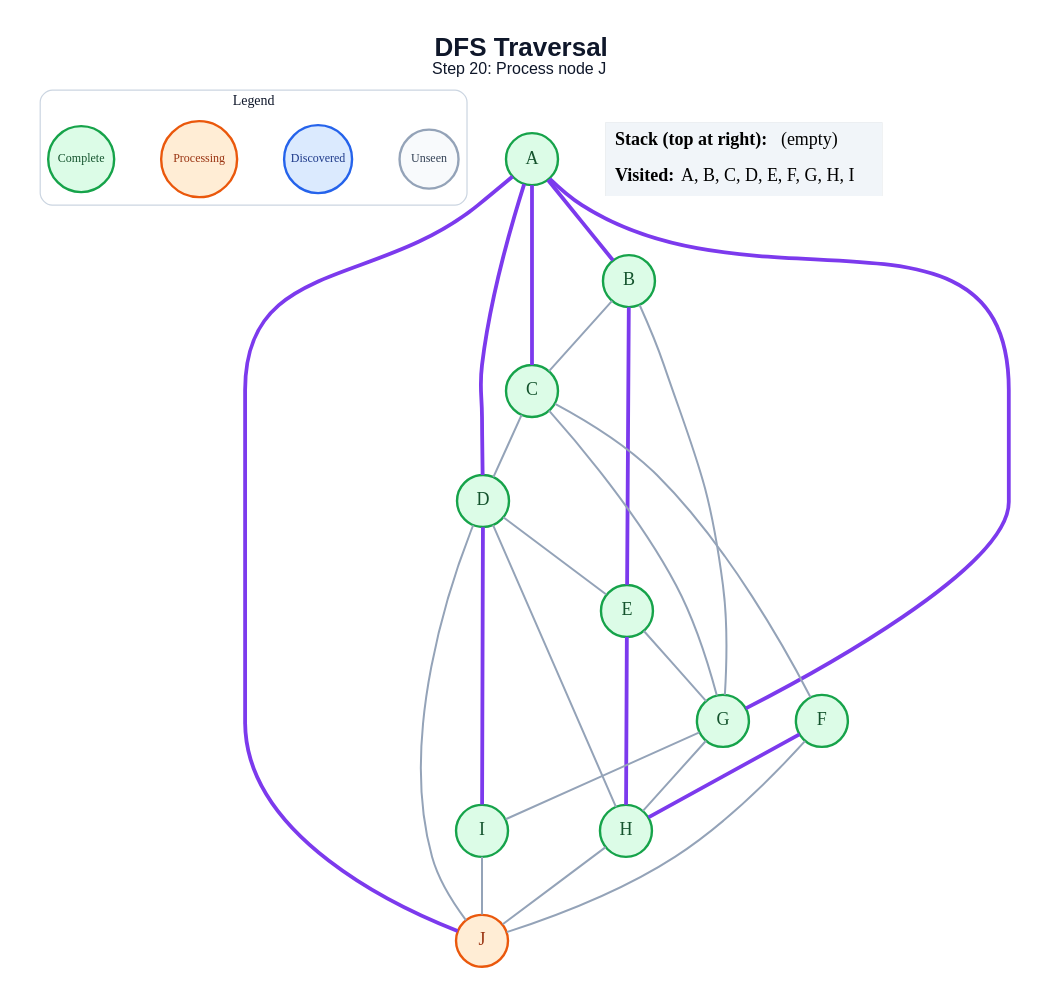
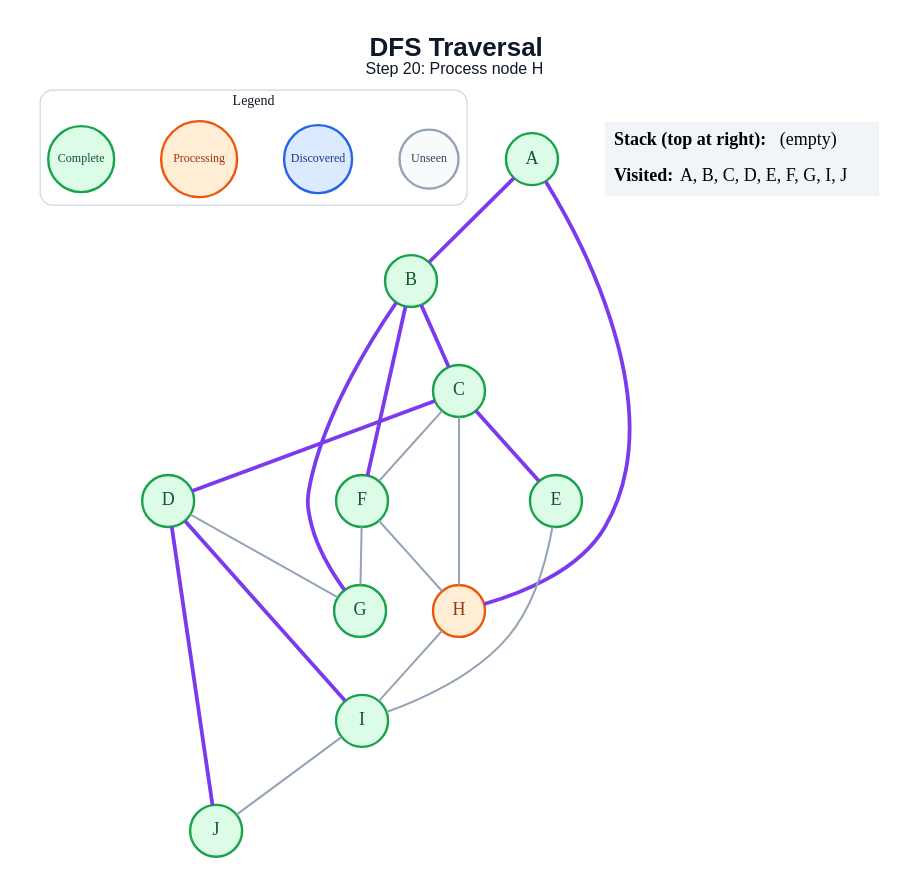
Before and after one commit to anon7238593-create/ai-slop: the diagram in generated/dfs/step_20.dot, drawn with Graphviz. The commit also changed 178 other files, not shown here.

```diff
--- a/generated/dfs/step_20.dot
+++ b/generated/dfs/step_20.dot
@@ -1,52 +1,46 @@
 graph traversal {
   graph [layout=dot, rankdir=TB, bgcolor="#FFFFFF", pad="0.35", nodesep="0.65", ranksep="0.8", fontname="Arial"];
   node [shape=circle, style="filled", fontname="Arial Bold", fontsize=18, width=0.72, fixedsize=true, penwidth=2.4];
   edge [color="#94A3B8", penwidth=2.0];
-  label=<<B>DFS Traversal</B><BR/><FONT POINT-SIZE="16">Step 20: Process node J</FONT>>; labelloc="t"; fontsize=26; fontname="Arial"; fontcolor="#0F172A";
+  label=<<B>DFS Traversal</B><BR/><FONT POINT-SIZE="16">Step 20: Process node H</FONT>>; labelloc="t"; fontsize=26; fontname="Arial"; fontcolor="#0F172A";
   subgraph cluster_legend { label="Legend"; color="#CBD5E1"; penwidth=1.2; style="rounded"; fontsize=14; fontname="Arial Bold";
     key_unseen [label="Unseen", fillcolor="#F8FAFC", color="#94A3B8", fontcolor="#334155", fontsize=12, width=0.82];
     key_frontier [label="Discovered", fillcolor="#DBEAFE", color="#2563EB", fontcolor="#1E3A8A", fontsize=12, width=0.95];
     key_current [label="Processing", fillcolor="#FFEDD5", color="#EA580C", fontcolor="#9A3412", fontsize=12, width=1.05];
     key_done [label="Complete", fillcolor="#DCFCE7", color="#16A34A", fontcolor="#14532D", fontsize=12, width=0.92];
     { rank=same; key_unseen; key_frontier; key_current; key_done; }
   }
   A [fillcolor="#DCFCE7", color="#16A34A", fontcolor="#14532D"];
   B [fillcolor="#DCFCE7", color="#16A34A", fontcolor="#14532D"];
   C [fillcolor="#DCFCE7", color="#16A34A", fontcolor="#14532D"];
   D [fillcolor="#DCFCE7", color="#16A34A", fontcolor="#14532D"];
   E [fillcolor="#DCFCE7", color="#16A34A", fontcolor="#14532D"];
   F [fillcolor="#DCFCE7", color="#16A34A", fontcolor="#14532D"];
   G [fillcolor="#DCFCE7", color="#16A34A", fontcolor="#14532D"];
-  H [fillcolor="#DCFCE7", color="#16A34A", fontcolor="#14532D"];
+  H [fillcolor="#FFEDD5", color="#EA580C", fontcolor="#9A3412"];
   I [fillcolor="#DCFCE7", color="#16A34A", fontcolor="#14532D"];
-  J [fillcolor="#FFEDD5", color="#EA580C", fontcolor="#9A3412"];
+  J [fillcolor="#DCFCE7", color="#16A34A", fontcolor="#14532D"];
   A -- B [color="#7C3AED", penwidth=3.8];
-  A -- C [color="#7C3AED", penwidth=3.8];
-  A -- D [color="#7C3AED", penwidth=3.8];
-  A -- G [color="#7C3AED", penwidth=3.8];
-  A -- J [color="#7C3AED", penwidth=3.8];
-  B -- C;
-  B -- E [color="#7C3AED", penwidth=3.8];
-  B -- G;
-  C -- D;
+  A -- H [color="#7C3AED", penwidth=3.8];
+  B -- C [color="#7C3AED", penwidth=3.8];
+  B -- F [color="#7C3AED", penwidth=3.8];
+  B -- G [color="#7C3AED", penwidth=3.8];
+  C -- D [color="#7C3AED", penwidth=3.8];
+  C -- E [color="#7C3AED", penwidth=3.8];
   C -- F;
-  C -- G;
-  D -- E;
-  D -- H;
+  C -- H;
+  D -- G;
   D -- I [color="#7C3AED", penwidth=3.8];
-  D -- J;
-  E -- G;
-  E -- H [color="#7C3AED", penwidth=3.8];
-  F -- H [color="#7C3AED", penwidth=3.8];
-  F -- J;
-  G -- H;
-  G -- I;
-  H -- J;
+  D -- J [color="#7C3AED", penwidth=3.8];
+  E -- I;
+  F -- G;
+  F -- H;
+  H -- I;
   I -- J;
   status [shape=plain, fixedsize=false, width=0, height=0, margin=0, label=<
     <TABLE BORDER="0" CELLBORDER="0" CELLPADDING="7" BGCOLOR="#F1F5F9">
       <TR><TD ALIGN="LEFT"><B>Stack (top at right):</B> (empty)</TD></TR>
-      <TR><TD ALIGN="LEFT"><B>Visited:</B> A, B, C, D, E, F, G, H, I</TD></TR>
+      <TR><TD ALIGN="LEFT"><B>Visited:</B> A, B, C, D, E, F, G, I, J</TD></TR>
     </TABLE>
   >];
 }
```
